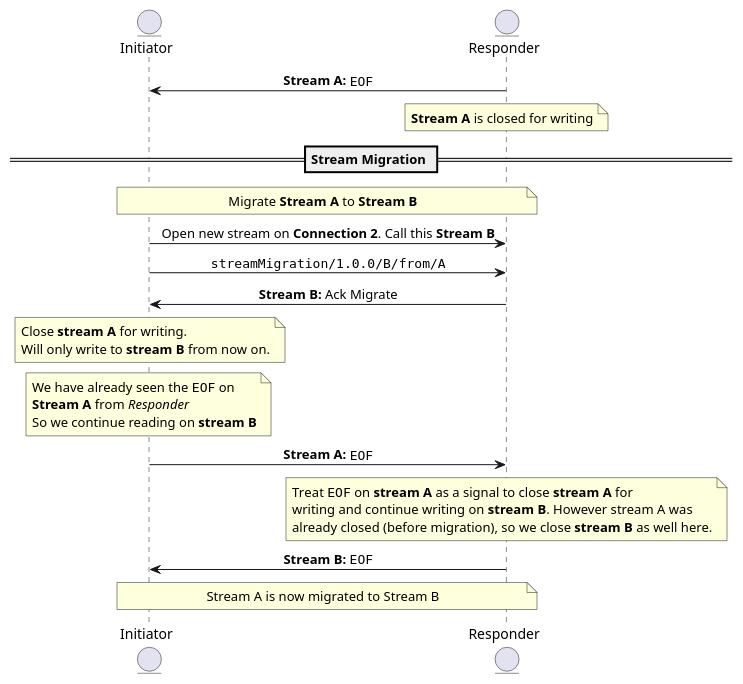
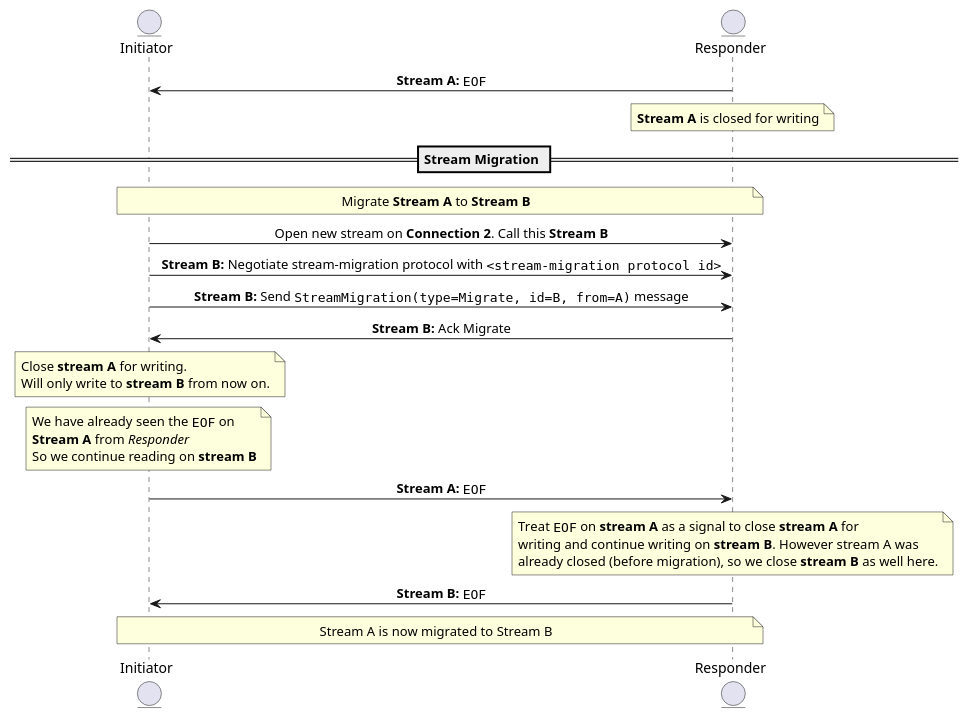
The second of 2 diagrams in connections/stream-migration.md (libp2p/specs), drawn with PlantUML before and after one commit. The commit also changed other lines of this file, not shown here.

Commit message:
Update note on protocol ID. Add should on knowing responder supports the protocol id

````diff
--- a/connections/stream-migration.md
+++ b/connections/stream-migration.md
@@ -153,43 +152,44 @@
 ``` plantuml
 @startuml stream-migration-half-closed
 skinparam sequenceMessageAlign center
 entity Initiator
 entity Responder
 
 Initiator <- Responder: <b>Stream A:</b> ""EOF""
 note over Responder: <b>Stream A</b> is closed for writing
 
 == Stream Migration ==
 
 note over Initiator, Responder: Migrate <b>Stream A</b> to <b>Stream B</b>
 
 Initiator -> Responder: Open new stream on <b>Connection 2</b>. Call this <b>Stream B</b>
 
-Initiator -> Responder: ""streamMigration/1.0.0/B/from/A""
+Initiator -> Responder: <b>Stream B:</b> Negotiate stream-migration protocol with ""<stream-migration protocol id>""
+Initiator -> Responder: <b>Stream B:</b> Send ""StreamMigration(type=Migrate, id=B, from=A)"" message
 
 Initiator <- Responder: <b>Stream B:</b> Ack Migrate
 
 note over Initiator
     Close <b>stream A</b> for writing.
     Will only write to <b>stream B</b> from now on.
 end note
 
 note over Initiator
     We have already seen the ""EOF"" on
     <b>Stream A</b> from <i>Responder</i>
     So we continue reading on <b>stream B</b>
 end note
 
 Initiator -> Responder: <b>Stream A:</b> ""EOF""
 
 note over Responder
     Treat ""EOF"" on <b>stream A</b> as a signal to close <b>stream A</b> for
     writing and continue writing on <b>stream B</b>. However stream A was
     already closed (before migration), so we close <b>stream B</b> as well here.
 end note
 Initiator <- Responder: <b>Stream B:</b> ""EOF""
 
 note over Initiator, Responder: Stream A is now migrated to Stream B
 
 @enduml
 ```
````
